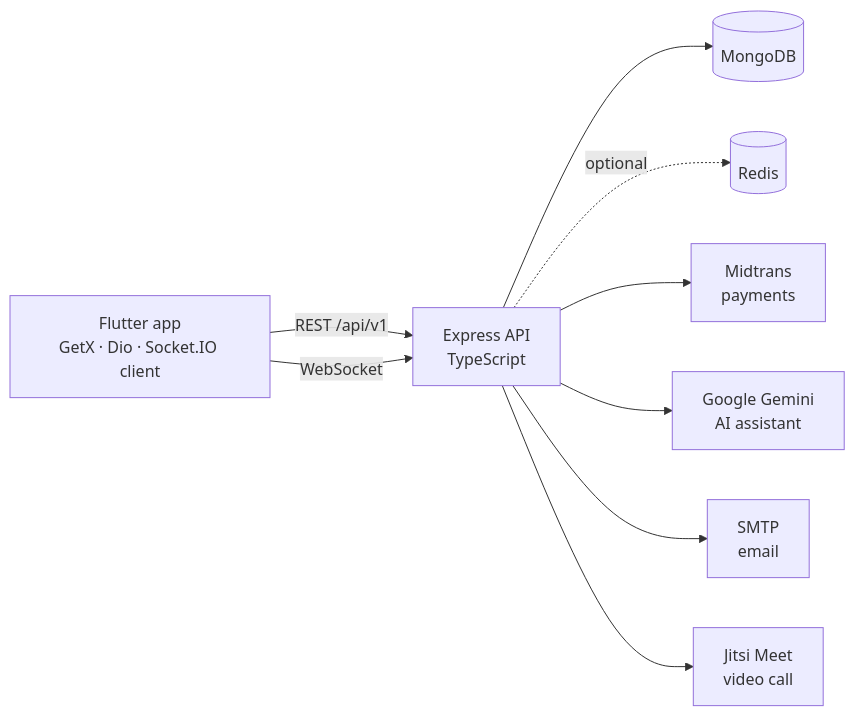
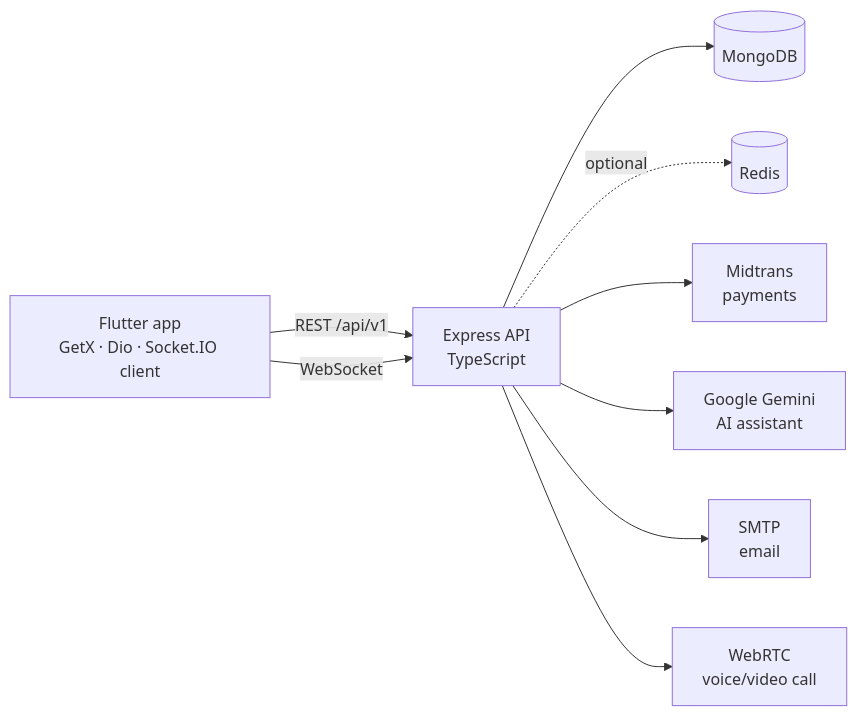
One commit to Rizky28eka/harmoni-sehat changed the diagram in README.md. Above: the diagram before and after it, drawn with Mermaid. The commit also changed other lines of this file and 1 other file, not shown here.

````diff
--- a/README.md
+++ b/README.md
@@ -68,11 +68,11 @@
 ```mermaid
 flowchart LR
     F["Flutter app<br/>GetX · Dio · Socket.IO client"] -- "REST /api/v1" --> A["Express API<br/>TypeScript"]
     F -- "WebSocket" --> A
     A --> M[("MongoDB")]
     A -. "optional" .-> R[("Redis")]
     A --> P["Midtrans<br/>payments"]
     A --> G["Google Gemini<br/>AI assistant"]
     A --> E["SMTP<br/>email"]
-    A --> J["Jitsi Meet<br/>video call"]
+    A --> J["WebRTC<br/>voice/video call"]
 ```
````
